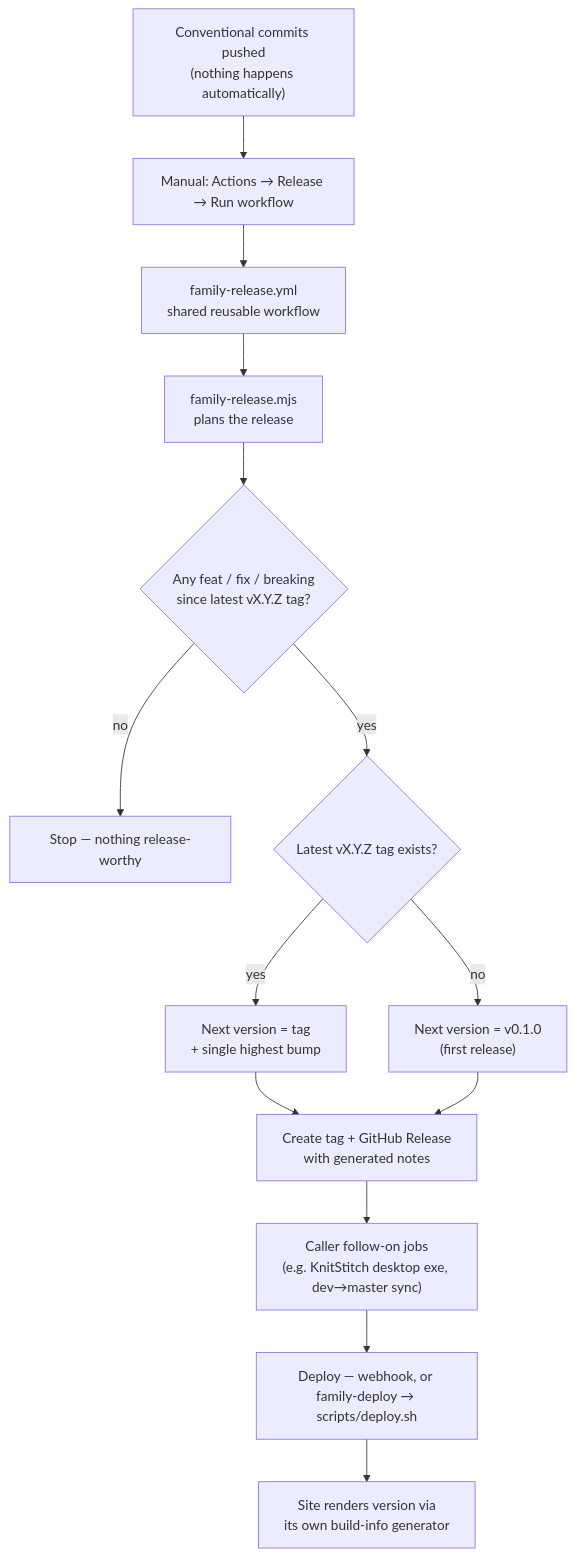
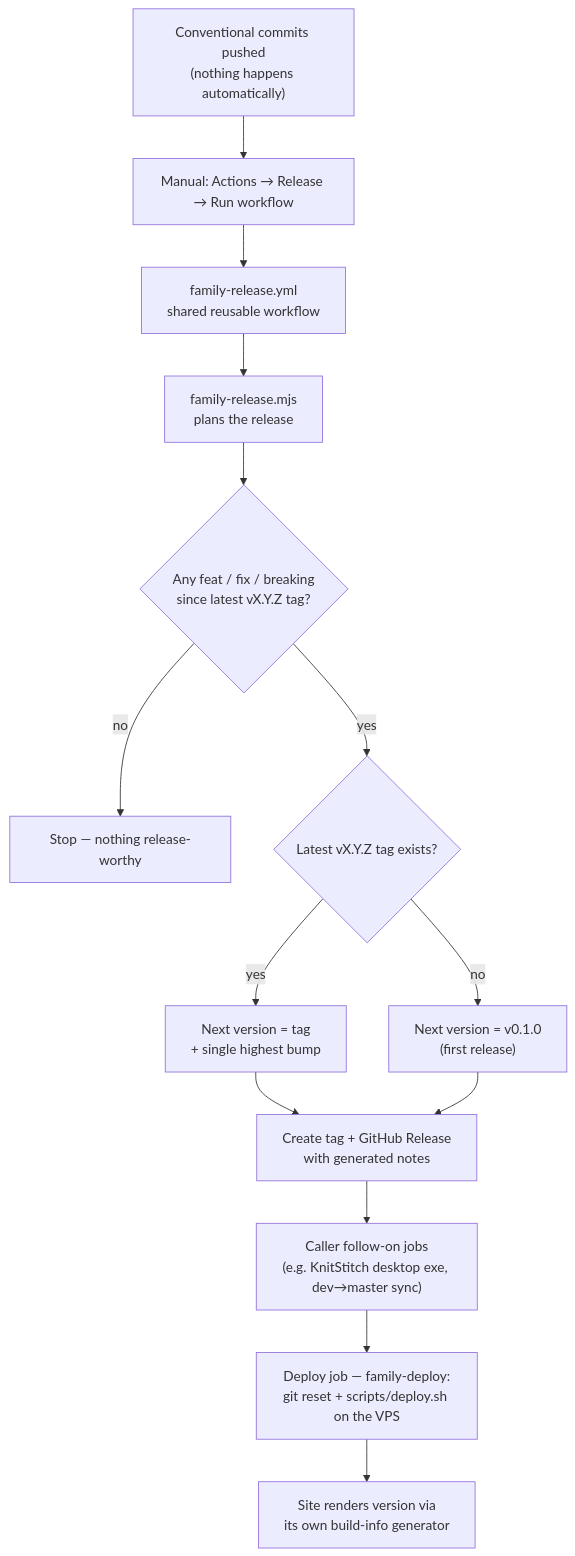
Before and after one commit to Box-of-Dragons/StructuredChaos: the diagram in docs/git-rules.md, drawn with Mermaid. The commit also changed other lines of this file and 4 other files, not shown here.

Commit message:
feat(ci): run VPS deploy inside the manual release workflow

````diff
--- a/docs/git-rules.md
+++ b/docs/git-rules.md
@@ -85,16 +87,16 @@
 ```mermaid
 flowchart TD
     A["Conventional commits pushed<br>(nothing happens automatically)"] --> B["Manual: Actions → Release → Run workflow"]
     B --> C["family-release.yml<br>shared reusable workflow"]
     C --> D["family-release.mjs<br>plans the release"]
     D --> E{"Any feat / fix / breaking<br>since latest vX.Y.Z tag?"}
     E -- "no" --> F["Stop — nothing release-worthy"]
     E -- "yes" --> G{"Latest vX.Y.Z tag exists?"}
     G -- "yes" --> H["Next version = tag<br>+ single highest bump"]
     G -- "no" --> I["Next version = v0.1.0<br>(first release)"]
     H --> J["Create tag + GitHub Release<br>with generated notes"]
     I --> J
     J --> K["Caller follow-on jobs<br>(e.g. KnitStitch desktop exe, dev→master sync)"]
-    K --> L["Deploy — webhook, or family-deploy → scripts/deploy.sh"]
+    K --> L["Deploy job — family-deploy:<br>git reset + scripts/deploy.sh on the VPS"]
     L --> M["Site renders version via<br>its own build-info generator"]
 ```
````
